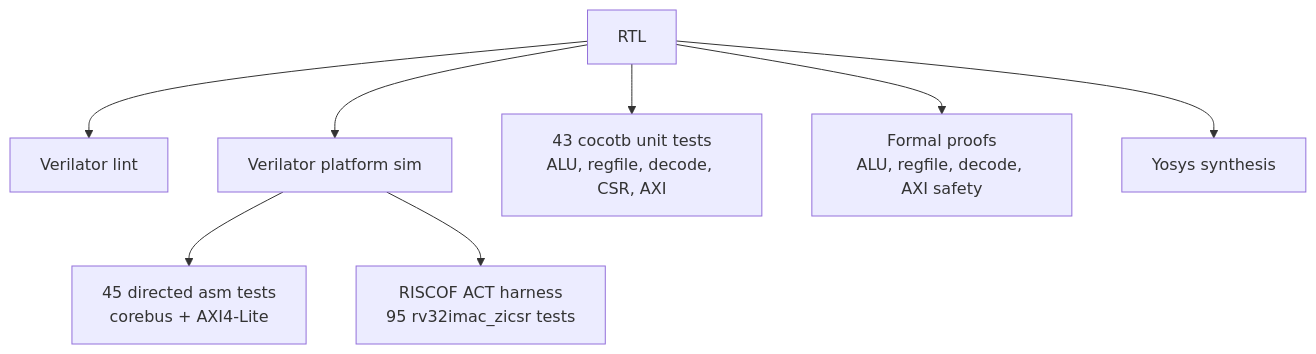
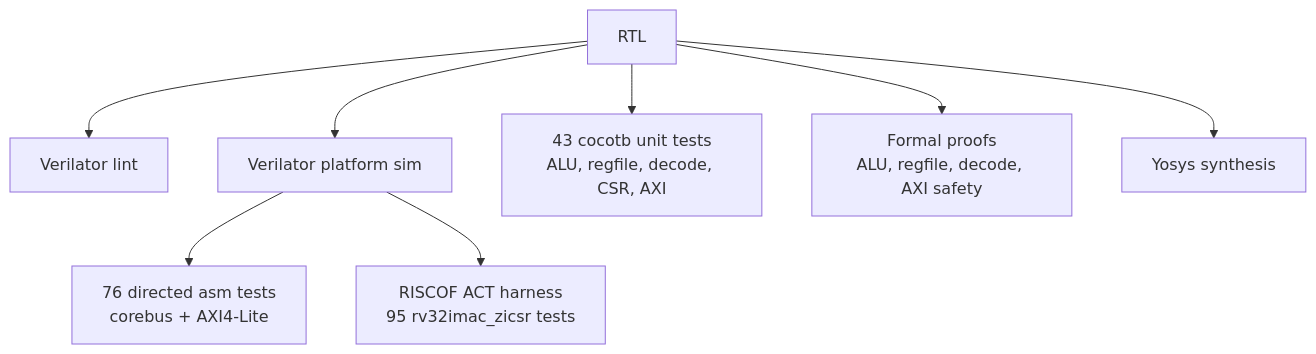
Before and after one commit to kiranreddi/sisrv-platform: the third of 3 diagrams in README.md, drawn with Mermaid. The commit also changed other lines of this file and 15 other files, not shown here.

````diff
--- a/README.md
+++ b/README.md
@@ -86,10 +86,10 @@
 ```mermaid
 flowchart TB
   RTL["RTL"] --> Lint["Verilator lint"]
   RTL --> Sim["Verilator platform sim"]
-  Sim --> ASM["45 directed asm tests\ncorebus + AXI4-Lite"]
+  Sim --> ASM["76 directed asm tests\ncorebus + AXI4-Lite"]
   RTL --> Cocotb["43 cocotb unit tests\nALU, regfile, decode, CSR, AXI"]
   RTL --> Formal["Formal proofs\nALU, regfile, decode, AXI safety"]
   RTL --> Synth["Yosys synthesis"]
   Sim --> RISCOF["RISCOF ACT harness\n95 rv32imac_zicsr tests"]
 ```
````
